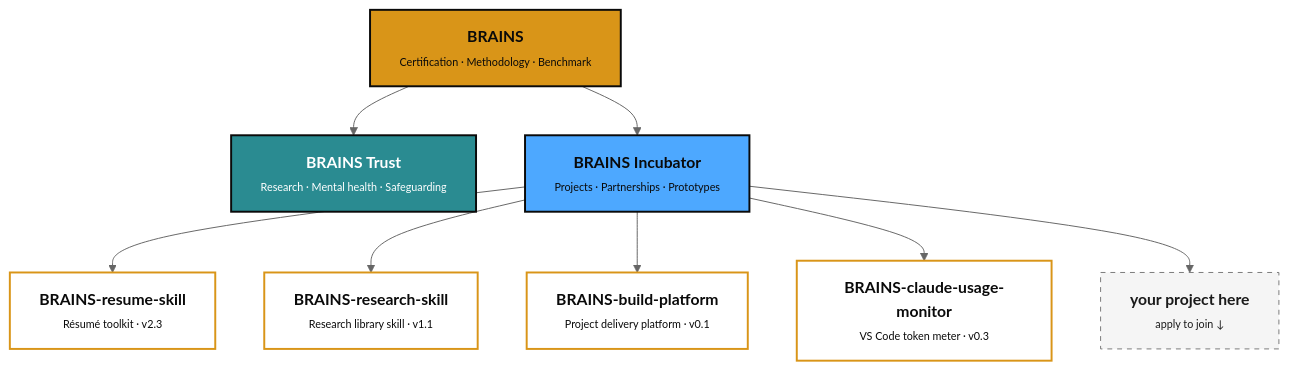
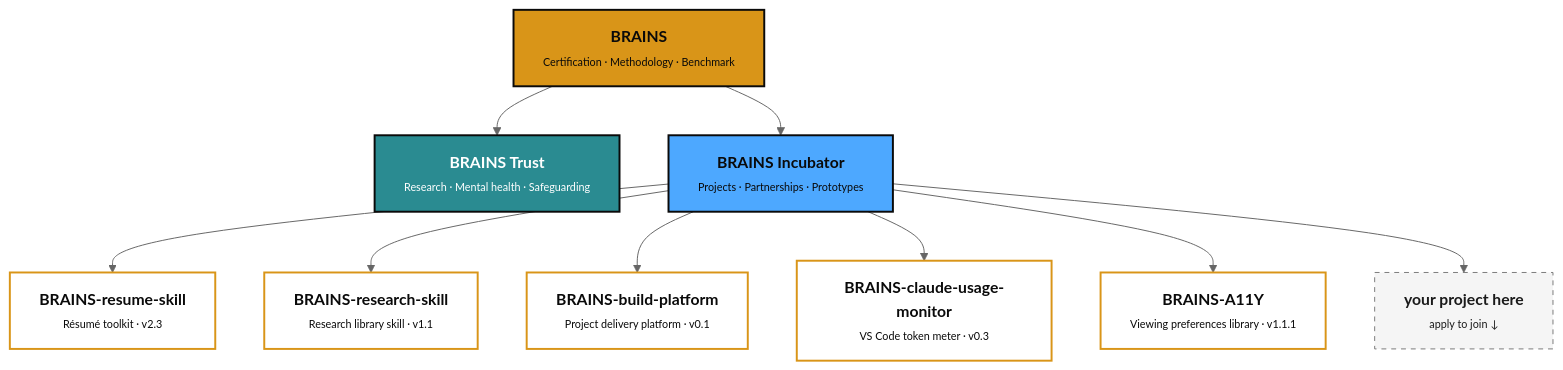
Before and after one commit to BRAINS-Certified/.github: the diagram in profile/README.md, drawn with Mermaid (neutral theme). The commit also changed other lines of this file, not shown here.

Commit message:
docs(profile): add BRAINS-A11Y to the live projects

````diff
--- a/profile/README.md
+++ b/profile/README.md
@@ -42,23 +42,25 @@
 ```mermaid
 flowchart TD
     P["<b>BRAINS</b><br/><span style='font-size:11px'>Certification · Methodology · Benchmark</span>"]:::parent
     T["<b>BRAINS Trust</b><br/><span style='font-size:11px'>Research · Mental health · Safeguarding</span>"]:::trust
     I["<b>BRAINS Incubator</b><br/><span style='font-size:11px'>Projects · Partnerships · Prototypes</span>"]:::incubator
     R["<b>BRAINS-resume-skill</b><br/><span style='font-size:11px'>Résumé toolkit · v2.3</span>"]:::live
     RS["<b>BRAINS-research-skill</b><br/><span style='font-size:11px'>Research library skill · v1.1</span>"]:::live
     B["<b>BRAINS-build-platform</b><br/><span style='font-size:11px'>Project delivery platform · v0.1</span>"]:::live
     CM["<b>BRAINS-claude-usage-monitor</b><br/><span style='font-size:11px'>VS Code token meter · v0.3</span>"]:::live
+    A["<b>BRAINS-A11Y</b><br/><span style='font-size:11px'>Viewing preferences library · v1.1.1</span>"]:::live
     M["<b>your project here</b><br/><span style='font-size:11px'>apply to join ↓</span>"]:::open
     P --> T
     P --> I
     I --> R
     I --> RS
     I --> B
     I --> CM
+    I --> A
     I --> M
     classDef parent fill:#D99518,stroke:#0A0A0A,stroke-width:2px,color:#0A0A0A
     classDef trust fill:#2A8B91,stroke:#0A0A0A,stroke-width:2px,color:#FFFFFF
     classDef incubator fill:#4DA8FF,stroke:#0A0A0A,stroke-width:2px,color:#0A0A0A
     classDef live fill:#FFFFFF,stroke:#D99518,stroke-width:2px,color:#0A0A0A
     classDef open fill:#F5F5F5,stroke:#7A7A7A,stroke-width:1px,stroke-dasharray:5 5,color:#1A1A1A
 ```
````
